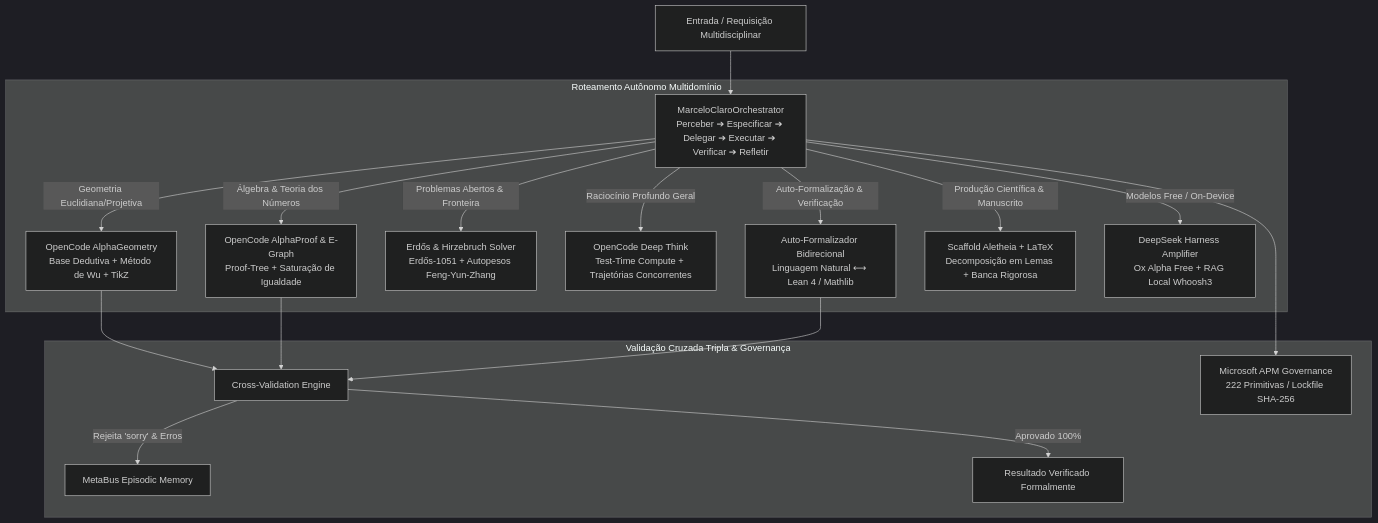
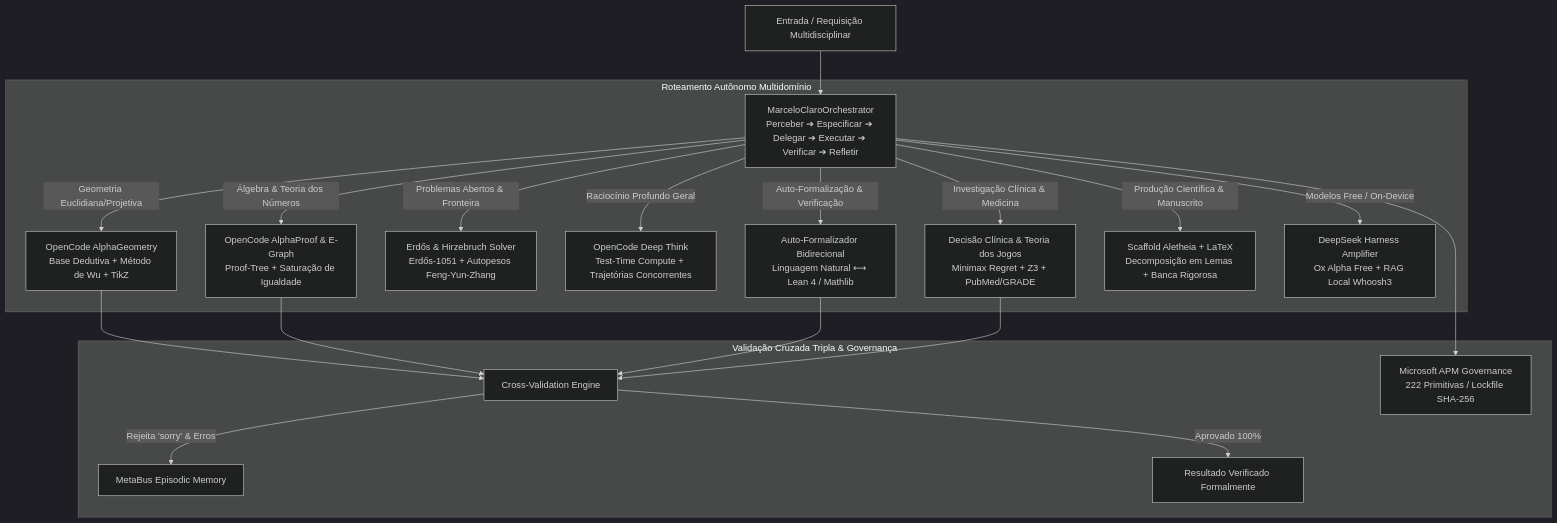
Before and after one commit to MarceloClaro/opencode-ecosystem-core: the first of 7 diagrams in README.md, drawn with Mermaid (dark theme). The commit also changed other lines of this file and 1 other file, not shown here.

````diff
--- a/README.md
+++ b/README.md
@@ -246,23 +253,25 @@
 ```mermaid
 graph TD
     UserReq[Entrada / Requisição Multidisciplinar] --> Orchestrator[MarceloClaroOrchestrator<br>Perceber ➔ Especificar ➔ Delegar ➔ Executar ➔ Verificar ➔ Refletir]
     
     subgraph MultiAreaRouting [Roteamento Autônomo Multidomínio]
         Orchestrator -->|Geometria Euclidiana/Projetiva| Geom[OpenCode AlphaGeometry<br>Base Dedutiva + Método de Wu + TikZ]
         Orchestrator -->|Álgebra & Teoria dos Números| Prover[OpenCode AlphaProof & E-Graph<br>Proof-Tree + Saturação de Igualdade]
         Orchestrator -->|Problemas Abertos & Fronteira| OpenProb[Erdős & Hirzebruch Solver<br>Erdős-1051 + Autopesos Feng-Yun-Zhang]
         Orchestrator -->|Raciocínio Profundo Geral| DeepThink[OpenCode Deep Think<br>Test-Time Compute + Trajetórias Concorrentes]
         Orchestrator -->|Auto-Formalização & Verificação| AutoForm[Auto-Formalizador Bidirecional<br>Linguagem Natural ⟷ Lean 4 / Mathlib]
+        Orchestrator -->|Investigação Clínica & Medicina| Clinical[Decisão Clínica & Teoria dos Jogos<br>Minimax Regret + Z3 + PubMed/GRADE]
         Orchestrator -->|Produção Científica & Manuscrito| Aletheia[Scaffold Aletheia + LaTeX<br>Decomposição em Lemas + Banca Rigorosa]
         Orchestrator -->|Modelos Free / On-Device| Amplifier[DeepSeek Harness Amplifier<br>Ox Alpha Free + RAG Local Whoosh3]
     end
 
     subgraph AutonomousCrossValidation [Validação Cruzada Tripla & Governança]
         Geom --> CrossVal[Cross-Validation Engine]
         Prover --> CrossVal
         AutoForm --> CrossVal
+        Clinical --> CrossVal
         CrossVal -->|Rejeita 'sorry' & Erros| MetaBus[MetaBus Episodic Memory]
         CrossVal -->|Aprovado 100%| FinalReport[Resultado Verificado Formalmente]
         Orchestrator --> APMGov[Microsoft APM Governance<br>222 Primitivas / Lockfile SHA-256]
     end
 ```
````
